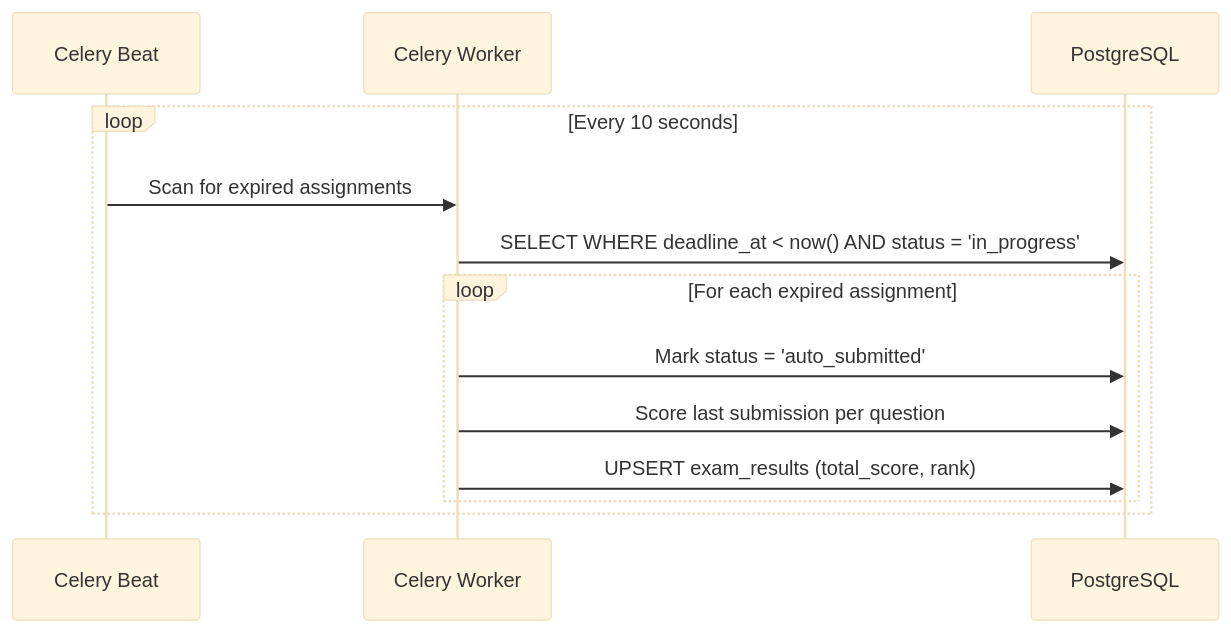
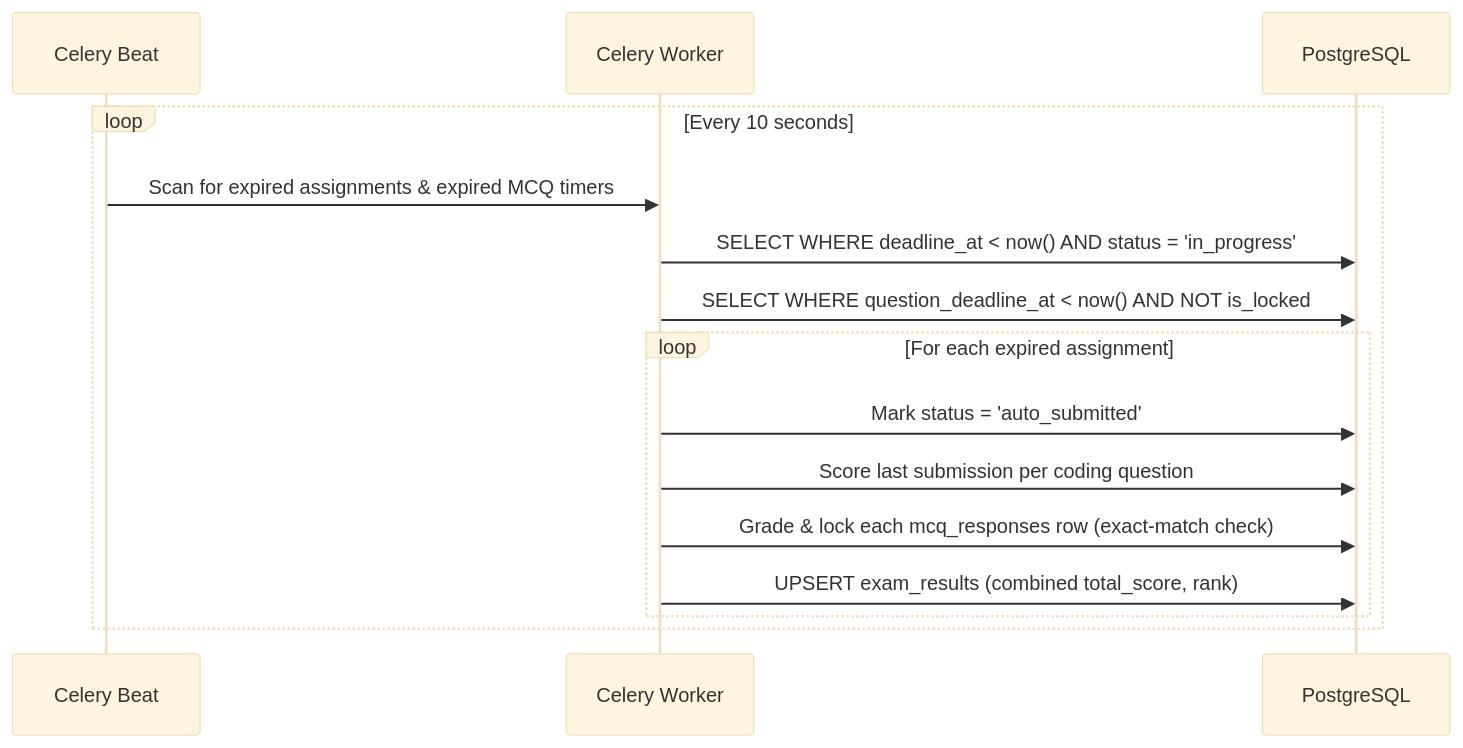
The sixth of 7 diagrams in README.md (imabhaysachan20/oa-platform), drawn with Mermaid (base theme) before and after one commit. The commit also changed other lines of this file, not shown here.

First line of the commit message:
Add MCQ question support to README

````diff
--- a/README.md
+++ b/README.md
@@ -372,16 +460,18 @@
 ```mermaid
 sequenceDiagram
     participant Beat as Celery Beat
     participant Worker as Celery Worker
     participant DB as PostgreSQL
 
     loop Every 10 seconds
-        Beat->>Worker: Scan for expired assignments
+        Beat->>Worker: Scan for expired assignments & expired MCQ timers
         Worker->>DB: SELECT WHERE deadline_at < now() AND status = 'in_progress'
+        Worker->>DB: SELECT WHERE question_deadline_at < now() AND NOT is_locked
         loop For each expired assignment
             Worker->>DB: Mark status = 'auto_submitted'
-            Worker->>DB: Score last submission per question
-            Worker->>DB: UPSERT exam_results (total_score, rank)
+            Worker->>DB: Score last submission per coding question
+            Worker->>DB: Grade & lock each mcq_responses row (exact-match check)
+            Worker->>DB: UPSERT exam_results (combined total_score, rank)
         end
     end
 ```
````
